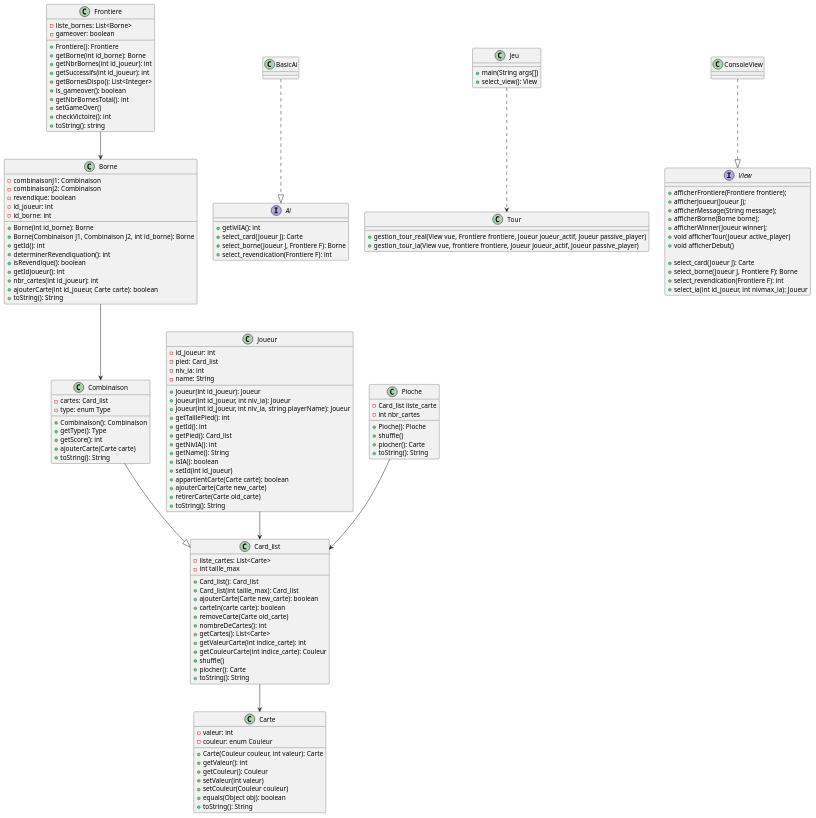
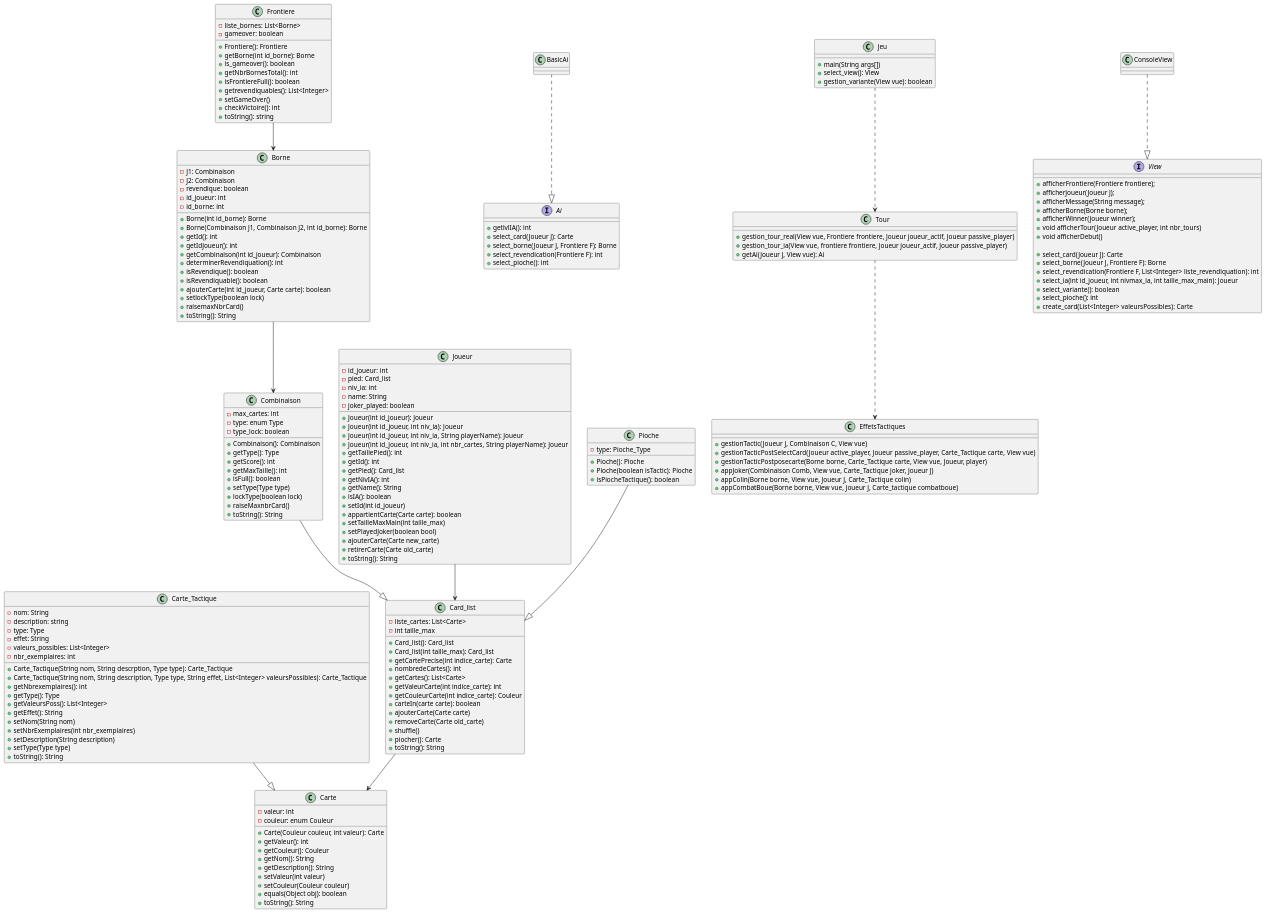
One commit to Pagatok/pg220 changed the diagram in src/diagrams/all.puml. Above: the diagram before and after it, drawn with PlantUML. The commit also changed 12 other files, not shown here.

Commit message:
- Mise à jour des diagrammes de classes - Mise au propre de Borne.java

```diff
--- a/src/diagrams/all.puml
+++ b/src/diagrams/all.puml
@@ -3,115 +3,146 @@
 class Carte{
     - valeur: int
     - couleur: enum Couleur
-    + Carte(Couleur couleur, int valeur): Carte
-    + getValeur(): int
-    + getCouleur(): Couleur
-    + setValeur(int valeur)
-    + setCouleur(Couleur couleur)
-    + equals(Object obj): boolean
-    + toString(): String
+	+ Carte(Couleur couleur, int valeur): Carte
+	+ getValeur(): int
+	+ getCouleur(): Couleur
+	+ getNom(): String
+	+ getDescription(): String
+	+ setValeur(int valeur)
+	+ setCouleur(Couleur couleur)
+	+ equals(Object obj): boolean
+	+ toString(): String
+}
+
+class Carte_Tactique{
+	- nom: String
+	- description: string
+	- type: Type
+	- effet: String
+	- valeurs_possibles: List<Integer>
+	- nbr_exemplaires: int
+	+ Carte_Tactique(String nom, String descrption, Type type): Carte_Tactique
+	+ Carte_Tactique(String nom, String description, Type type, String effet, List<Integer> valeursPossibles): Carte_Tactique
+	+ getNbrexemplaires(): int
+	+ getType(): Type
+	+ getValeursPoss(): List<Integer>
+	+ getEffet(): String
+	+ setNom(String nom)
+	+ setNbrExemplaires(int nbr_exemplaires)
+	+ setDescription(String description)
+	+ setType(Type type)
+	+ toString(): String
 }
 
 class Combinaison{
-    - cartes: Card_list
-    - type: enum Type
-
-    + Combinaison(): Combinaison 
-    + getType(): Type 
-    + getScore(): int 
-    + ajouterCarte(Carte carte)
-    + toString(): String
+	- max_cartes: int
+	- type: enum Type
+	- type_lock: boolean
+	+ Combinaison(): Combinaison 
+        + getType(): Type 
+        + getScore(): int
+	+ getMaxTaille(): int
+	+ isFull(): boolean
+	+ setType(Type type)
+	+ lockType(boolean lock)
+	+ raiseMaxnbrCard() 
+	+ toString(): String
 }
 
 
 class Joueur{
-    - id_joueur: int
-    - pied: Card_list
-    - niv_ia: int
-    - name: String
-    + Joueur(int id_joueur): Joueur
-    + Joueur(int id_joueur, int niv_ia): Joueur
-    + Joueur(int id_joueur, int niv_ia, string playerName): Joueur
-    + getTaillePied(): int
-    + getId(): int
-    + getPied(): Card_list
-    + getNivIA(): int
-    + getName(): String
-    + isIA(): boolean
-    + setId(int id_joueur)
-    + appartientCarte(Carte carte): boolean
-    + ajouterCarte(Carte new_carte)
-    + retirerCarte(Carte old_carte)
-    + toString(): String
+        - id_joueur: int
+        - pied: Card_list
+        - niv_ia: int
+        - name: String
+	- joker_played: boolean
+        + Joueur(int id_joueur): Joueur
+        + Joueur(int id_joueur, int niv_ia): Joueur
+        + Joueur(int id_joueur, int niv_ia, String playerName): Joueur
+	+ Joueur(int id_joueur, int niv_ia, int nbr_cartes, String playerName): Joueur
+        + getTaillePied(): int
+        + getId(): int
+        + getPied(): Card_list
+        + getNivIA(): int
+        + getName(): String
+        + isIA(): boolean
+        + setId(int id_joueur)
+        + appartientCarte(Carte carte): boolean
+	+ setTailleMaxMain(int taille_max)
+	+ setPlayedJoker(boolean bool)
+        + ajouterCarte(Carte new_carte)
+        + retirerCarte(Carte old_carte)
+        + toString(): String
 }
 
 
 class Card_list{
     - liste_cartes: List<Carte>
     - int taille_max
-    + Card_list(): Card_list
-    + Card_list(int taille_max): Card_list
-    + ajouterCarte(Carte new_carte): boolean
-    + carteIn(carte carte): boolean
-    + removeCarte(Carte old_carte)
-    + nombreDeCartes(): int 
-    + getCartes(): List<Carte> 
-    + getValeurCarte(int indice_carte): int
-    + getCouleurCarte(int indice_carte): Couleur
-    + shuffle()
-    + piocher(): Carte
-    + toString(): String   
+	+ Card_list(): Card_list
+	+ Card_list(int taille_max): Card_list
+	+ getCartePrecise(int indice_carte): Carte
+	+ nombredeCartes(): int
+	+ getCartes(): List<Carte>
+	+ getValeurCarte(int indice_carte): int
+	+ getCouleurCarte(int indice_carte): Couleur
+	+ carteIn(carte carte): boolean
+	+ ajouterCarte(Carte carte)
+	+ removeCarte(Carte old_carte) 
+	+ shuffle()
+	+ piocher(): Carte
+	+ toString(): String   
 }
 
 class Borne{
-    - combinaisonJ1: Combinaison
-    - combinaisonJ2: Combinaison
-    - revendique: boolean
-    - id_joueur: int
-    - id_borne: int
-    + Borne(int id_borne): Borne
-    + Borne(Combinaison J1, Combinaison J2, int id_borne): Borne
-    + getId(): int
-    + determinerRevendiquation(): int
-    + isRevendique(): boolean
-    + getIdJoueur(): int
-    + nbr_cartes(int id_joueur): int
-    + ajouterCarte(int id_joueur, Carte carte): boolean
-    + toString(): String
+        - J1: Combinaison
+        - J2: Combinaison
+        - revendique: boolean
+        - id_joueur: int
+        - id_borne: int
+        + Borne(int id_borne): Borne
+        + Borne(Combinaison J1, Combinaison J2, int id_borne): Borne
+	+ getId(): int
+	+ getIdJoueur(): int
+	+ getCombinaison(int id_joueur): Combinaison
+        + determinerRevendiquation(): int
+        + isRevendique(): boolean
+	+ isRevendiquable(): boolean
+	+ ajouterCarte(int id_joueur, Carte carte): boolean
+	+ setlockType(boolean lock)
+	+ raisemaxNbrCard()
+        + toString(): String
 }
 
 class Frontiere{
-    - liste_bornes: List<Borne>
-    - gameover: boolean
-    + Frontiere(): Frontiere
-    + getBorne(int id_borne): Borne
-    + getNbrBornes(int id_joueur): int
-    + getSuccessifs(int id_joueur): int
-    + getBornesDispo(): List<Integer>
-    + is_gameover(): boolean
-    + getNbrBornesTotal(): int
-    + setGameOver()
-    + checkVictoire(): int
-    + toString(): string
+        - liste_bornes: List<Borne>
+        - gameover: boolean
+        + Frontiere(): Frontiere
+        + getBorne(int id_borne): Borne
+        + is_gameover(): boolean
+        + getNbrBornesTotal(): int
+	+ isFrontiereFull(): boolean
+	+ getrevendiquables(): List<Integer>
+        + setGameOver()
+        + checkVictoire(): int
+        + toString(): string
 }
 
 
 class Pioche{
-    - Card_list liste_carte
-    - int nbr_cartes
-    + Pioche(): Pioche
-    + shuffle()
-    + piocher(): Carte
-    + toString(): String
-
+	- type: Pioche_Type
+        + Pioche(): Pioche
+	+ Pioche(boolean isTactic): Pioche
+	+ isPiocheTactique(): boolean
 }
 
+Carte_Tactique --|> Carte
 Combinaison --|> Card_list
 Joueur --> Card_list
 Card_list --> Carte
 Borne --> Combinaison
 Frontiere --> Borne
-Pioche --> Card_list
+Pioche --|> Card_list
 
 
 
@@ -120,6 +151,7 @@
 	+ select_card(Joueur J): Carte
 	+ select_borne(Joueur J, Frontiere F): Borne
 	+ select_revendication(Frontiere F): int
+	+ select_pioche(): int
 }
 
 class BasicAi{
@@ -129,31 +161,46 @@
 
 
 class Jeu{
-    + main(String args[])
-    + select_view(): View
+	+ main(String args[])
+	+ select_view(): View
+	+ gestion_variante(View vue): boolean
 }
 
 class Tour{
-    + gestion_tour_real(View vue, Frontiere frontiere, Joueur joueur_actif, Joueur passive_player)
-    + gestion_tour_ia(View vue, frontiere frontiere, Joueur joueur_actif, Joueur passive_player)
+	+ gestion_tour_real(View vue, Frontiere frontiere, Joueur joueur_actif, Joueur passive_player)
+	+ gestion_tour_ia(View vue, frontiere frontiere, Joueur joueur_actif, Joueur passive_player)
+	+ getAi(Joueur J, View vue): Ai
+}
+
+class EffetsTactiques{
+	+ gestionTactic(Joueur J, Combinaison C, View vue)
+	+ gestionTacticPostSelectCard(Joueur active_player, Joueur passive_player, Carte_Tactique carte, View vue)
+	+ gestionTacticPostposecarte(Borne borne, Carte_Tactique carte, View vue, Joueur, player)
+	+ appJoker(Combinaison Comb, View vue, Carte_Tactique joker, Joueur J)
+	+ appColin(Borne borne, View vue, Joueur J, Carte_Tactique colin)
+	+ appCombatBoue(Borne borne, View vue, Joueur J, Carte_tactique combatboue)
 }
 
 Jeu ..> Tour
+Tour ..> EffetsTactiques
 
 
 interface View{
-    + afficherFrontiere(Frontiere frontiere);
-    + afficherJoueur(Joueur J);
-    + afficherMessage(String message);
-    + afficherBorne(Borne borne);
-    + afficherWinner(Joueur winner);
-    + void afficherTour(Joueur active_player)
-    + void afficherDebut()
+        + afficherFrontiere(Frontiere frontiere);
+        + afficherJoueur(Joueur J);
+        + afficherMessage(String message);
+        + afficherBorne(Borne borne);
+        + afficherWinner(Joueur winner);
+        + void afficherTour(Joueur active_player, int nbr_tours)
+        + void afficherDebut()
 
-    + select_card(Joueur J): Carte
-    + select_borne(Joueur J, Frontiere F): Borne
-    + select_revendication(Frontiere F): int
-    + select_ia(int id_joueur, int nivmax_ia): Joueur
+        + select_card(Joueur J): Carte
+        + select_borne(Joueur J, Frontiere F): Borne
+        + select_revendication(Frontiere F, List<Integer> liste_revendiquation): int
+        + select_ia(int id_joueur, int nivmax_ia, int taille_max_main): Joueur
+	+ select_variante(): boolean
+	+ select_pioche(): int
+	+ create_card(List<Integer> valeursPossibles): Carte
 }
 
 class ConsoleView{
```
